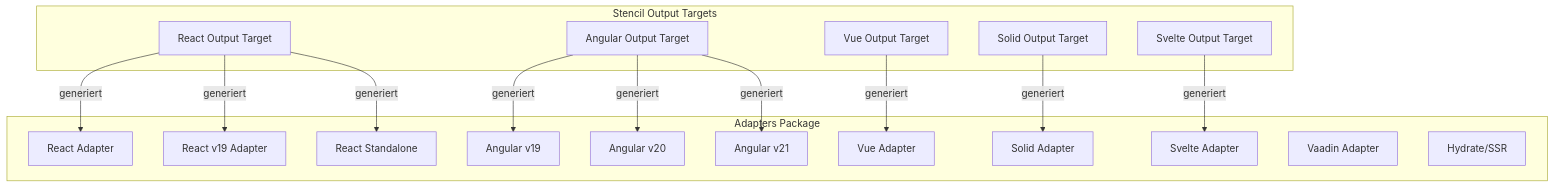
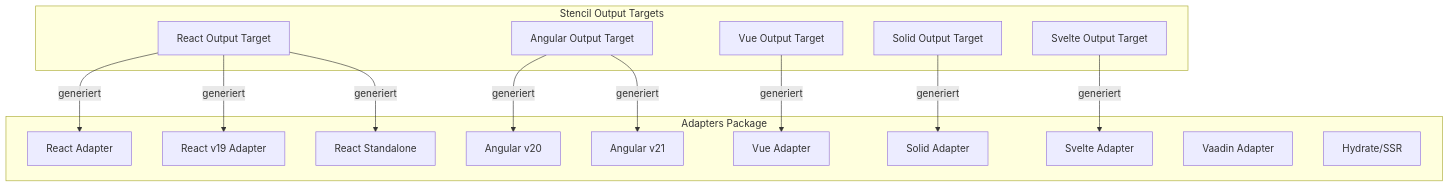
Before and after one commit to public-ui/kolibri: the fourth of 5 diagrams in docs/arc42_de/05-building-block-view.md, drawn with Mermaid. The commit also changed other lines of this file and 23 other files, not shown here.

````diff
--- a/docs/arc42_de/05-building-block-view.md
+++ b/docs/arc42_de/05-building-block-view.md
@@ -212,34 +212,32 @@
 ```mermaid
 graph TB
     subgraph Adapters Package
         React[React Adapter]
         ReactV19[React v19 Adapter]
         ReactStandalone[React Standalone]
-        Angular19[Angular v19]
         Angular20[Angular v20]
         Angular21[Angular v21]
         Vue[Vue Adapter]
         Solid[Solid Adapter]
         Svelte[Svelte Adapter]
         Vaadin[Vaadin Adapter]
         Hydrate[Hydrate/SSR]
     end
 
     subgraph Stencil Output Targets
         ReactOutput[React Output Target]
         AngularOutput[Angular Output Target]
         VueOutput[Vue Output Target]
         SolidOutput[Solid Output Target]
         SvelteOutput[Svelte Output Target]
     end
 
     ReactOutput -->|generiert| React
     ReactOutput -->|generiert| ReactV19
     ReactOutput -->|generiert| ReactStandalone
-    AngularOutput -->|generiert| Angular19
     AngularOutput -->|generiert| Angular20
     AngularOutput -->|generiert| Angular21
     VueOutput -->|generiert| Vue
     SolidOutput -->|generiert| Solid
     SvelteOutput -->|generiert| Svelte
 ```
````
